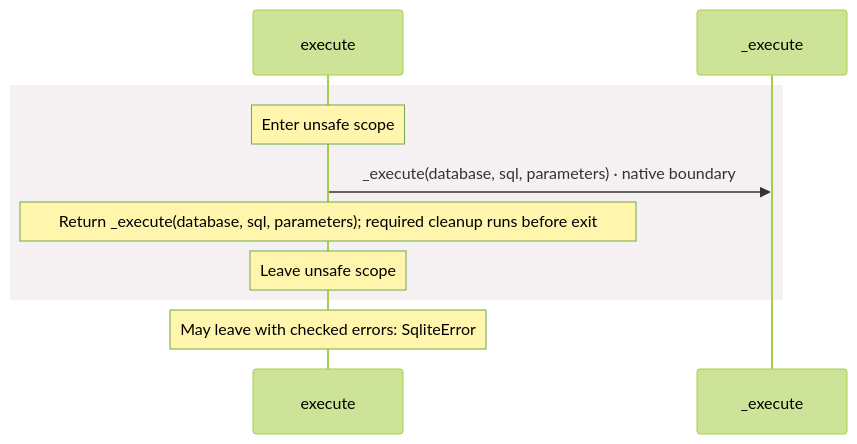
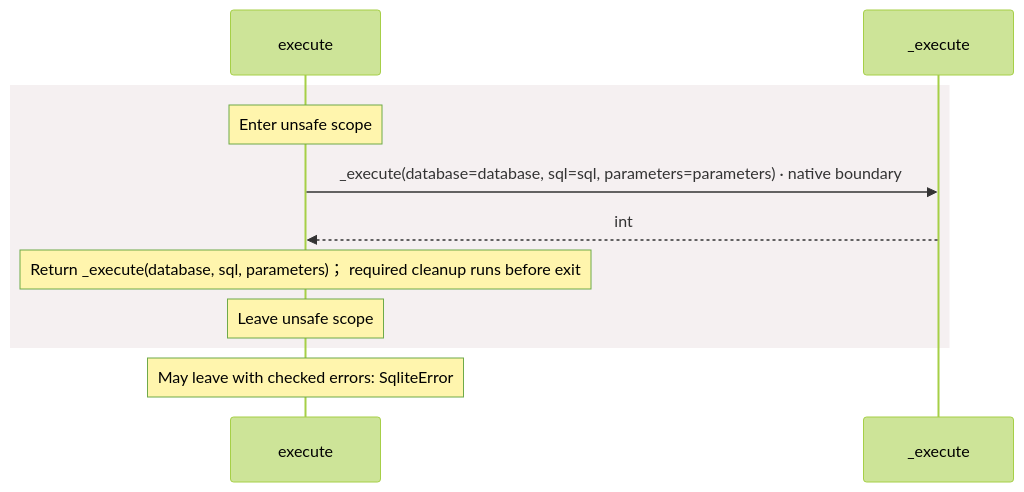
One commit to GreenPandaStudios/augscript changed the sixth of 7 diagrams in docs/examples/native-sqlite/dependencies/packages/@greenpandastudios/aug-sqlite/0.1.5/api-diagrams.md. Above: the diagram before and after it, drawn with Mermaid (forest theme). The commit also changed other lines of this file and 524 other files, not shown here.

Commit message:
Explain checked data flow at folder and service levels

````diff
--- a/docs/examples/native-sqlite/dependencies/packages/@greenpandastudios/aug-sqlite/0.1.5/api-diagrams.md
+++ b/docs/examples/native-sqlite/dependencies/packages/@greenpandastudios/aug-sqlite/0.1.5/api-diagrams.md
@@ -169,12 +151,13 @@
 ```mermaid
 sequenceDiagram
     participant p0 as execute
     participant p1 as _execute
     rect rgb(245, 240, 241)
     Note over p0: Enter unsafe scope
-    p0->>p1: _execute(database, sql, parameters) · native boundary
-    Note over p0: Return _execute(database, sql, parameters)#59; required cleanup runs before exit
+    p0->>p1: _execute(database=database, sql=sql, parameters=parameters) · native boundary
+    p1-->>p0: int
+    Note over p0: Return _execute(database, sql, parameters)； required cleanup runs before exit
     Note over p0: Leave unsafe scope
     end
     Note over p0: May leave with checked errors: SqliteError
 ```
````
